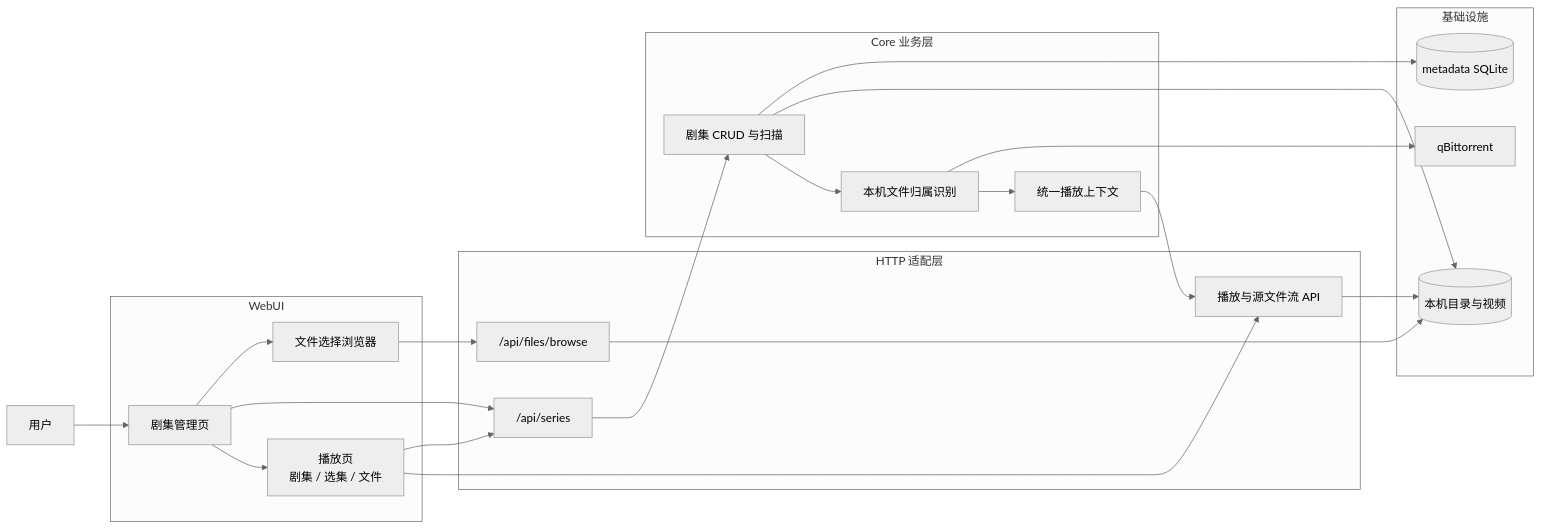
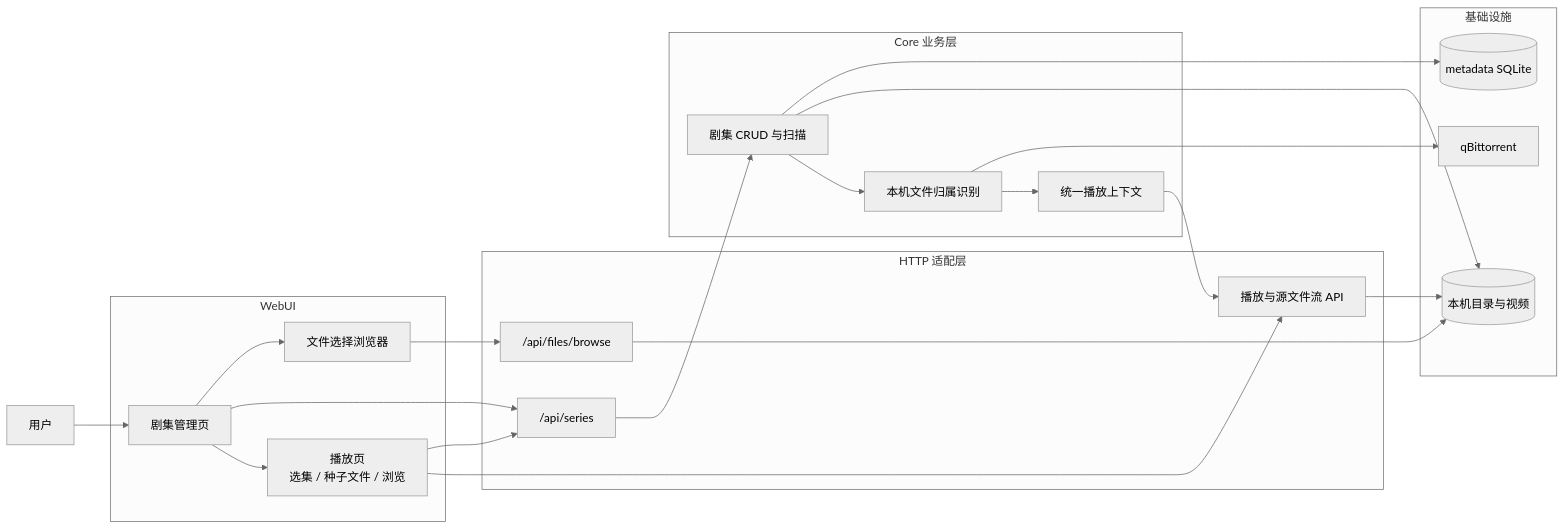
Before and after one commit to Huffer342-WSH/NexusBridge: the first of 5 diagrams in docs/modules/series.md, drawn with Mermaid (neutral theme). The commit also changed other lines of this file and 9 other files, not shown here.

````diff
--- a/docs/modules/series.md
+++ b/docs/modules/series.md
@@ -16,46 +16,46 @@
 ```mermaid
 flowchart LR
     User[用户]
 
     subgraph WebUI[WebUI]
         SeriesView[剧集管理页]
         Picker[文件选择浏览器]
-        PlaybackView[播放页<br/>剧集 / 选集 / 文件]
+        PlaybackView[播放页<br/>选集 / 种子文件 / 浏览]
     end
 
     subgraph HTTP[HTTP 适配层]
         SeriesAPI["/api/series"]
         FileAPI["/api/files/browse"]
         StreamAPI[播放与源文件流 API]
     end
 
     subgraph Core[Core 业务层]
         SeriesService[剧集 CRUD 与扫描]
         FilePlayback[本机文件归属识别]
         Playback[统一播放上下文]
     end
 
     subgraph Infra[基础设施]
         Metadata[(metadata SQLite)]
         Filesystem[(本机目录与视频)]
         QB[qBittorrent]
     end
 
     User --> SeriesView
     SeriesView --> Picker
     SeriesView --> SeriesAPI
     Picker --> FileAPI
     SeriesView --> PlaybackView
     PlaybackView --> SeriesAPI
     PlaybackView --> StreamAPI
 
     SeriesAPI --> SeriesService
     FileAPI --> Filesystem
     SeriesService --> Metadata
     SeriesService --> Filesystem
     SeriesService --> FilePlayback
     FilePlayback --> QB
     FilePlayback --> Playback
     Playback --> StreamAPI
     StreamAPI --> Filesystem
 ```
````
